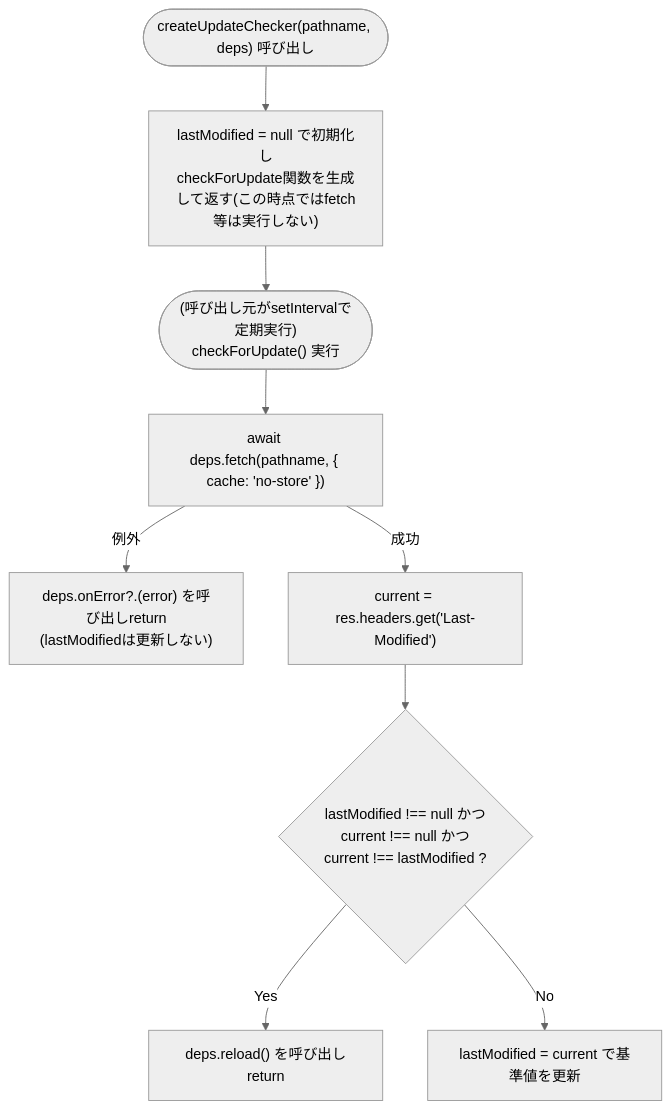
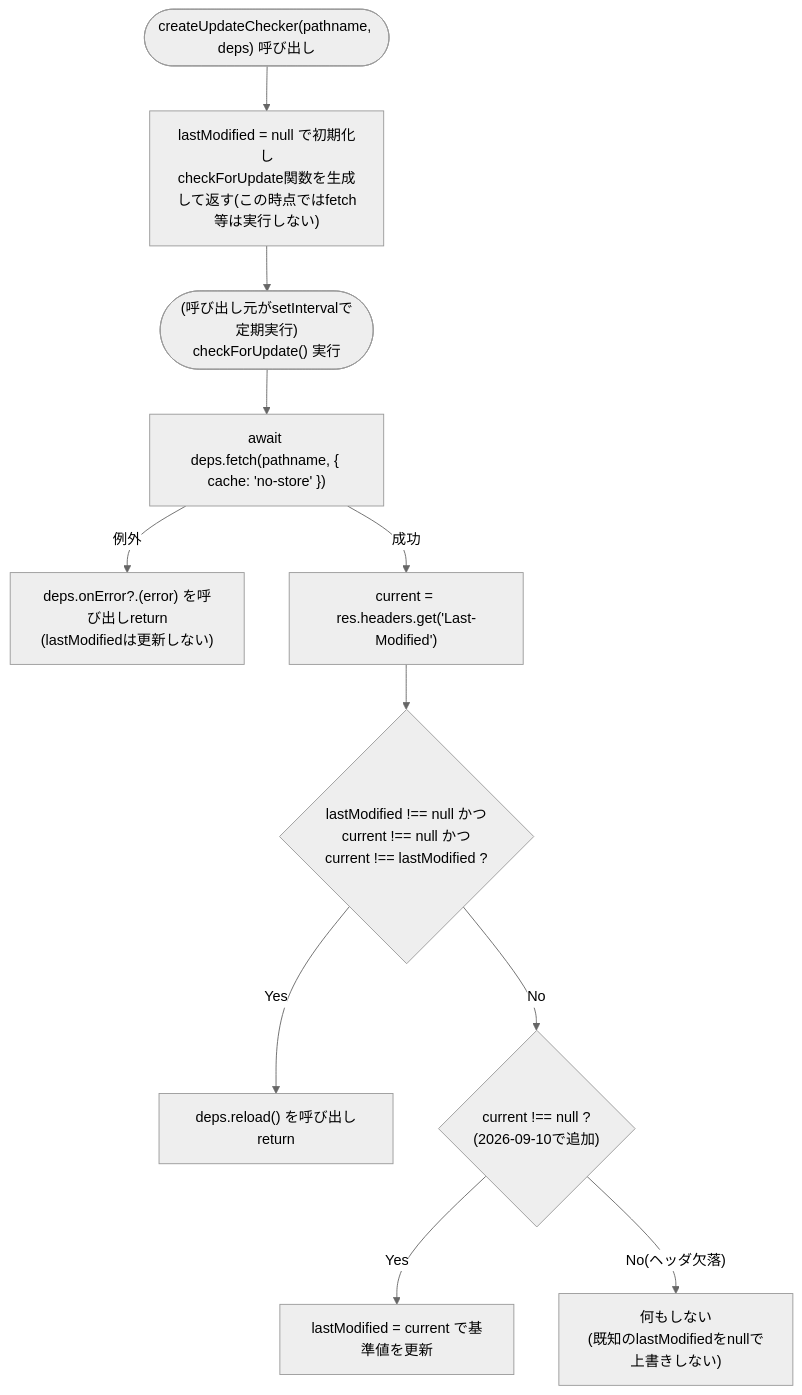
One commit to mmtigers/my_python_project changed the second of 3 diagrams in docs/specifications/family-quest/src/lib/outOfScopeReload.md. Above: the diagram before and after it, drawn with Mermaid (neutral theme). The commit also changed other lines of this file and 8 other files, not shown here.

````diff
--- a/docs/specifications/family-quest/src/lib/outOfScopeReload.md
+++ b/docs/specifications/family-quest/src/lib/outOfScopeReload.md
@@ -94,11 +94,13 @@
 ```mermaid
 flowchart TD
     Factory(["createUpdateChecker(pathname, deps) 呼び出し"]) --> InitState["lastModified = null で初期化し<br>checkForUpdate関数を生成して返す(この時点ではfetch等は実行しない)"]
     InitState --> CheckerCall(["(呼び出し元がsetIntervalで定期実行)<br>checkForUpdate() 実行"])
     CheckerCall --> Fetch["await deps.fetch(pathname, { cache: 'no-store' })"]
     Fetch -- 例外 --> OnError["deps.onError?.(error) を呼び出しreturn<br>(lastModifiedは更新しない)"]
     Fetch -- 成功 --> GetHeader["current = res.headers.get('Last-Modified')"]
     GetHeader --> CheckChange{"lastModified !== null かつ<br>current !== null かつ<br>current !== lastModified ?"}
     CheckChange -- Yes --> Reload["deps.reload() を呼び出しreturn"]
-    CheckChange -- No --> UpdateBaseline["lastModified = current で基準値を更新"]
+    CheckChange -- No --> CheckCurrentNull{"current !== null ?<br>(2026-09-10で追加)"}
+    CheckCurrentNull -- Yes --> UpdateBaseline["lastModified = current で基準値を更新"]
+    CheckCurrentNull -- No(ヘッダ欠落) --> KeepBaseline["何もしない<br>(既知のlastModifiedをnullで上書きしない)"]
 ```
````
